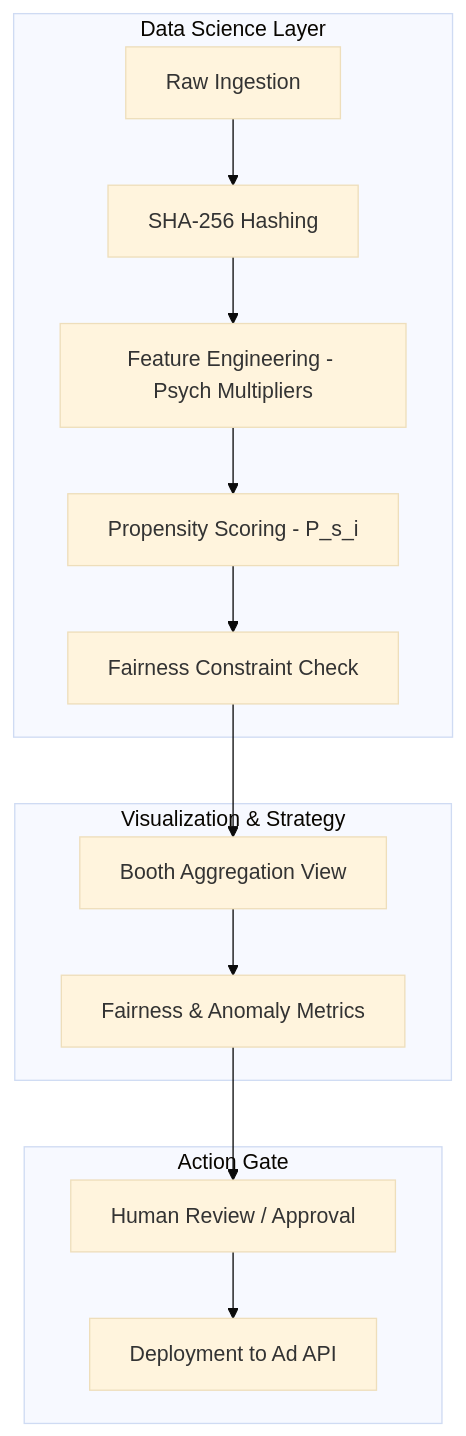
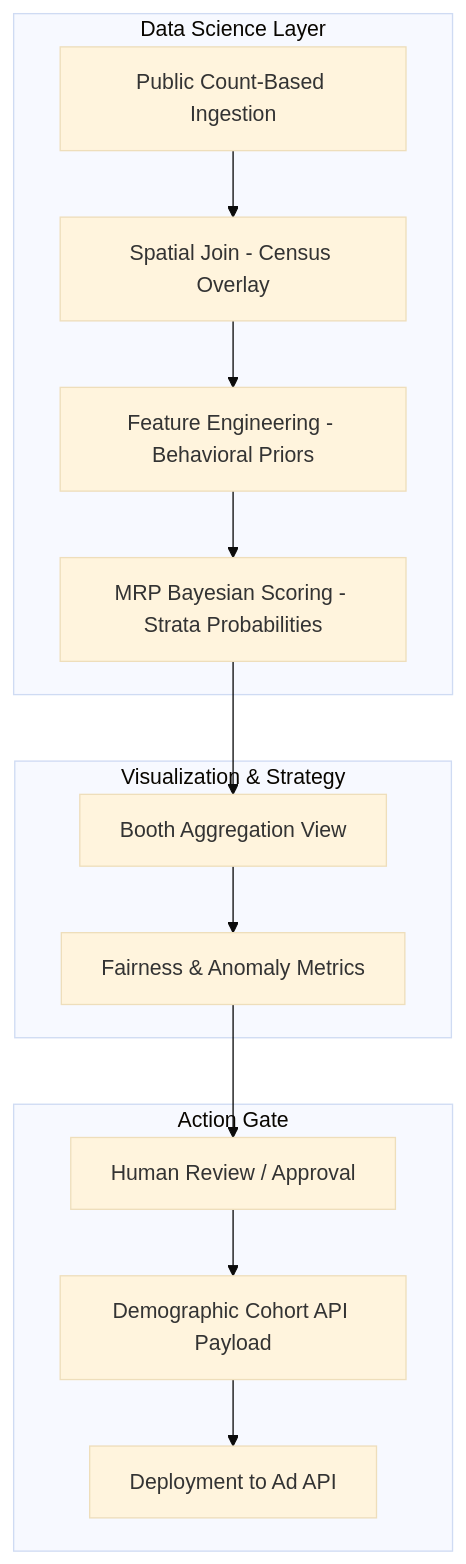
One commit to pramodcbabu/debaz changed the diagram in nethra/docs/technical_specs.md. Above: the diagram before and after it, drawn with Mermaid (base theme). The commit also changed other lines of this file and 3 other files, not shown here.

Commit message:
Nethra Refinement: Standardized Demographic Cohort Targeting logic across documentation

````diff
--- a/nethra/docs/technical_specs.md
+++ b/nethra/docs/technical_specs.md
@@ -38,19 +39,19 @@
 ```mermaid
 graph TD
     subgraph "Data Science Layer"
-        A[Raw Ingestion] --> B[SHA-256 Hashing]
-        B --> C[Feature Engineering - Psych Multipliers]
-        C --> D[Propensity Scoring - P_s_i]
-        D --> E[Fairness Constraint Check]
+        A[Public Count-Based Ingestion] --> B[Spatial Join - Census Overlay]
+        B --> C[Feature Engineering - Behavioral Priors]
+        C --> D[MRP Bayesian Scoring - Strata Probabilities]
     end
     
     subgraph "Visualization & Strategy"
-        E --> F[Booth Aggregation View]
-        F --> G[Fairness & Anomaly Metrics]
+        D --> E[Booth Aggregation View]
+        E --> F[Fairness & Anomaly Metrics]
     end
     
     subgraph "Action Gate"
-        G --> H[Human Review / Approval]
+        F --> G[Human Review / Approval]
+        G --> H[Demographic Cohort API Payload]
         H --> I[Deployment to Ad API]
     end
 ```
````
